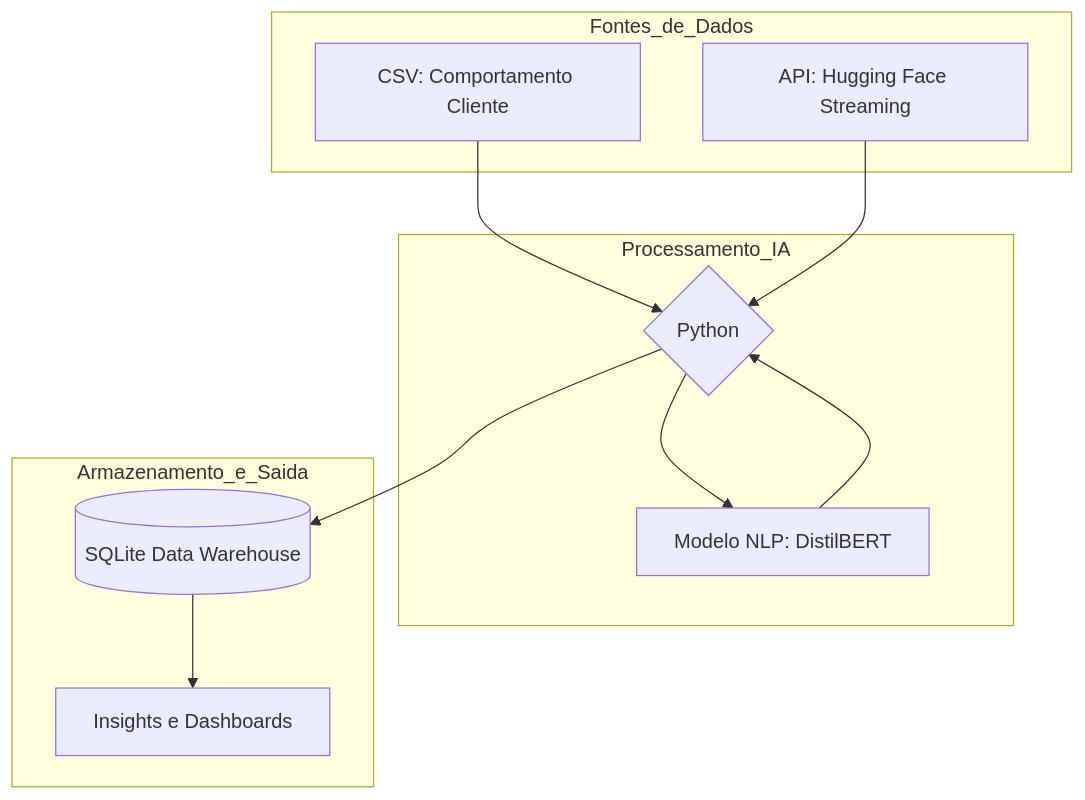
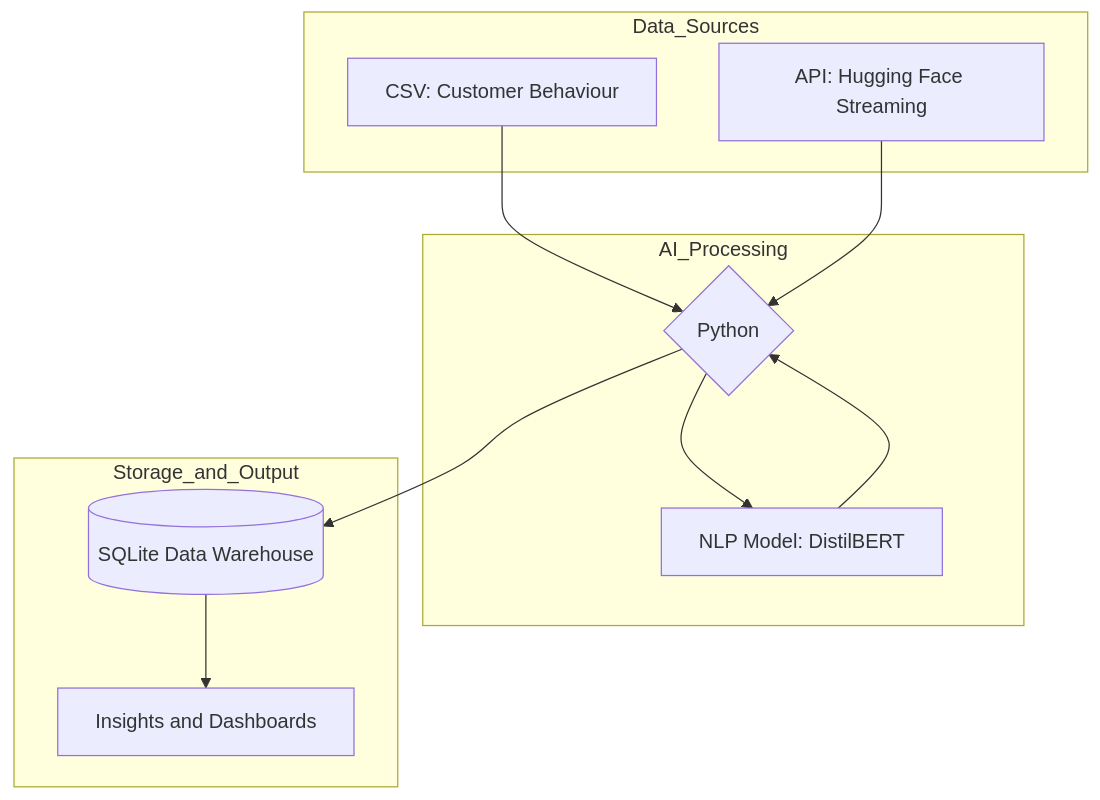
Before and after one commit to FilipaPereira-IA/Retail-Insight-Engine-AI-Powered-Customer-Profiling: the diagram in README.md, drawn with Mermaid. The commit also changed other lines of this file, not shown here.

````diff
--- a/README.md
+++ b/README.md
@@ -11,24 +13,24 @@
 ```mermaid
 graph TD
-    subgraph Fontes_de_Dados
-        A[CSV: Comportamento Cliente]
+    subgraph Data_Sources
+        A[CSV: Customer Behaviour]
         B[API: Hugging Face Streaming]
     end
 
-    subgraph Processamento_IA
+    subgraph AI_Processing
         D{Python}
-        E[Modelo NLP: DistilBERT]
+        E[NLP Model: DistilBERT]
     end
 
-    subgraph Armazenamento_e_Saida
+    subgraph Storage_and_Output
         G[(SQLite Data Warehouse)]
-        H[Insights e Dashboards]
+        H[Insights and Dashboards]
     end
 
     A --> D
     B --> D
     D --> E
     E --> D
     D --> G
     G --> H
 ```
````
